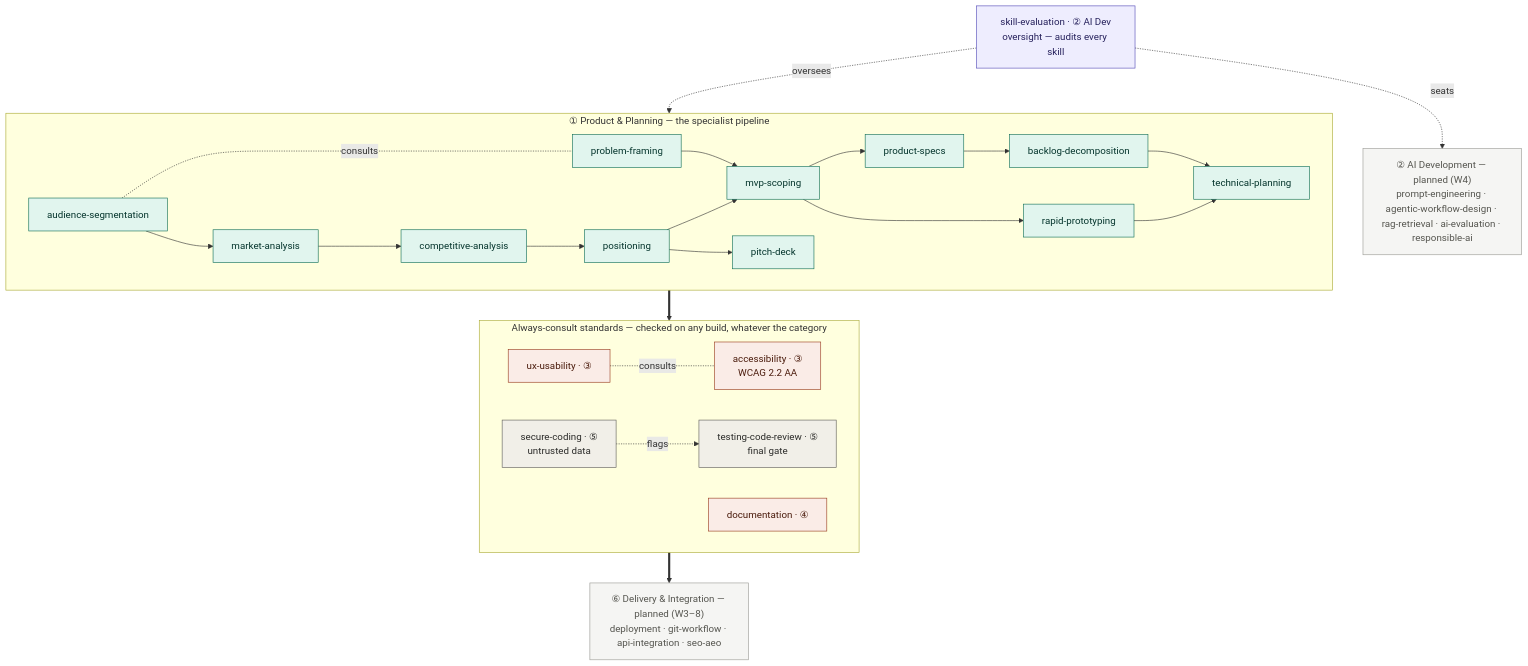
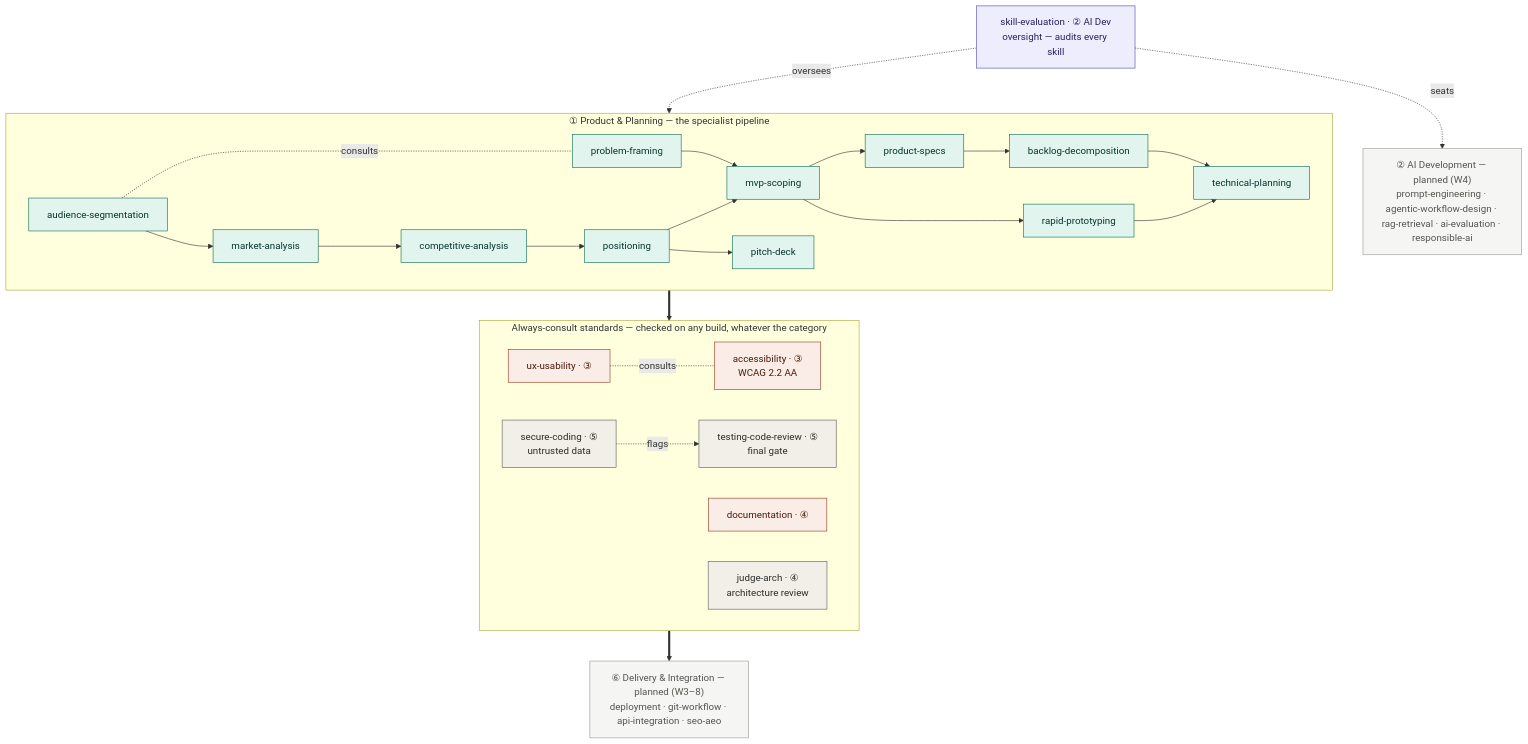
Before and after one commit to ValeriyaMetla/AI-Development-Residency: the diagram in docs/SKILLS-LIBRARY.md, drawn with Mermaid. The commit also changed other lines of this file and 3 other files, not shown here.

First line of the commit message:
Install judge-arch skill (architecture review); wire into CLAUDE.md + library

````diff
--- a/docs/SKILLS-LIBRARY.md
+++ b/docs/SKILLS-LIBRARY.md
@@ -130,40 +130,41 @@
 ```mermaid
 flowchart TD
     SE["skill-evaluation · ② AI Dev<br/>oversight — audits every skill"]
 
     subgraph C1["① Product & Planning — the specialist pipeline"]
       direction LR
       PF["problem-framing"] --> MVP["mvp-scoping"]
       AS["audience-segmentation"] --> MA["market-analysis"] --> CA["competitive-analysis"] --> POS["positioning"] --> MVP
       MVP --> PS["product-specs"] --> BD["backlog-decomposition"] --> TP["technical-planning"]
       MVP --> RP["rapid-prototyping"] --> TP
       POS --> PD["pitch-deck"]
       AS -. consults .- PF
     end
 
     subgraph XC["Always-consult standards — checked on any build, whatever the category"]
       direction LR
       UX["ux-usability · ③"] -. consults .- A11Y["accessibility · ③<br/>WCAG 2.2 AA"]
       DOC["documentation · ④"]
+      JA["judge-arch · ④<br/>architecture review"]
       SEC["secure-coding · ⑤<br/>untrusted data"] -. flags .-> TCR["testing-code-review · ⑤<br/>final gate"]
     end
 
     AID["② AI Development — planned (W4)<br/>prompt-engineering · agentic-workflow-design · rag-retrieval · ai-evaluation · responsible-ai"]
     C6["⑥ Delivery & Integration — planned (W3–8)<br/>deployment · git-workflow · api-integration · seo-aeo"]
 
     SE -. oversees .-> C1
     TP ==> XC
     XC ==> C6
     SE -. seats .-> AID
 
     classDef strat fill:#E1F5EE,stroke:#0F6E56,color:#04342C;
     classDef build fill:#FAECE7,stroke:#993C1D,color:#4A1B0C;
     classDef gate fill:#F1EFE8,stroke:#5F5E5A,color:#2C2C2A;
     classDef over fill:#EEEDFE,stroke:#534AB7,color:#26215C;
     classDef plan fill:#F5F5F3,stroke:#9A9A95,color:#55554F;
     class PF,MVP,PS,TP,BD,RP,AS,MA,CA,POS,PD strat;
     class UX,A11Y,DOC build;
-    class SEC,TCR gate;
+    class SEC,TCR,JA gate;
     class SE over;
     class AID,C6 plan;
 ```
````
